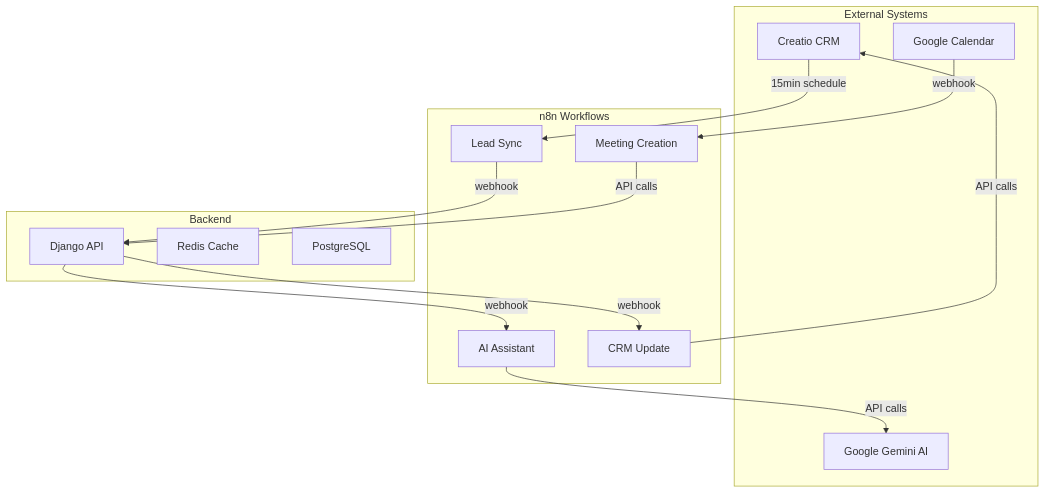
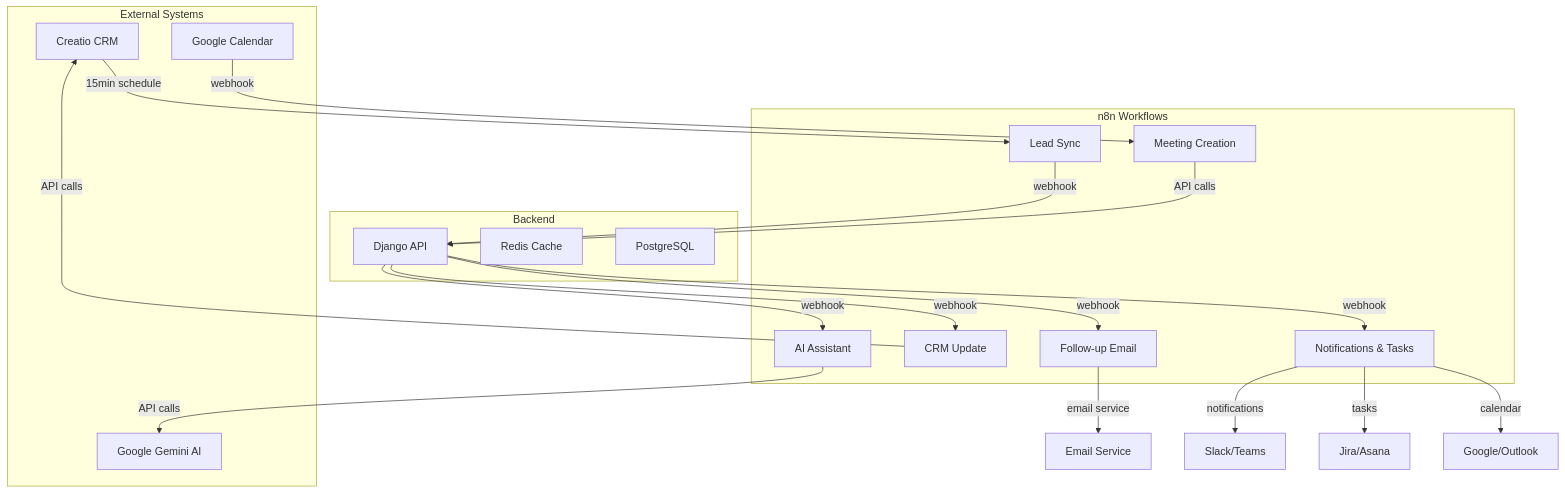
One commit to SmitSuthar8834/Nia-_CRM changed the diagram in n8n_workflows/README.md. Above: the diagram before and after it, drawn with Mermaid. The commit also changed other lines of this file and 33 other files, not shown here.

````diff
--- a/n8n_workflows/README.md
+++ b/n8n_workflows/README.md
@@ -51,33 +74,43 @@
 ```mermaid
 graph TB
     subgraph "External Systems"
         CRM[Creatio CRM]
         GCal[Google Calendar]
         Gemini[Google Gemini AI]
     end
     
     subgraph "n8n Workflows"
         LS[Lead Sync]
         MC[Meeting Creation]
         AI[AI Assistant]
         CU[CRM Update]
+        FE[Follow-up Email]
+        NT[Notifications & Tasks]
     end
     
     subgraph "Backend"
         Django[Django API]
         Redis[Redis Cache]
         PG[PostgreSQL]
     end
     
     CRM -->|15min schedule| LS
     LS -->|webhook| Django
     
     GCal -->|webhook| MC
     MC -->|API calls| Django
     
     Django -->|webhook| AI
     AI -->|API calls| Gemini
     
     Django -->|webhook| CU
     CU -->|API calls| CRM
+    
+    Django -->|webhook| FE
+    FE -->|email service| Email[Email Service]
+    
+    Django -->|webhook| NT
+    NT -->|notifications| Slack[Slack/Teams]
+    NT -->|tasks| PM[Jira/Asana]
+    NT -->|calendar| Cal[Google/Outlook]
 ```
````
